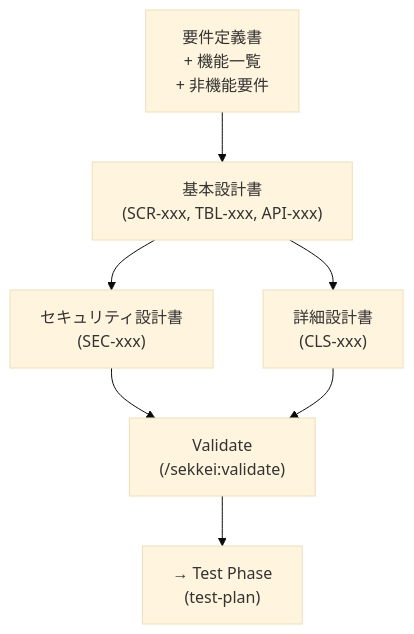
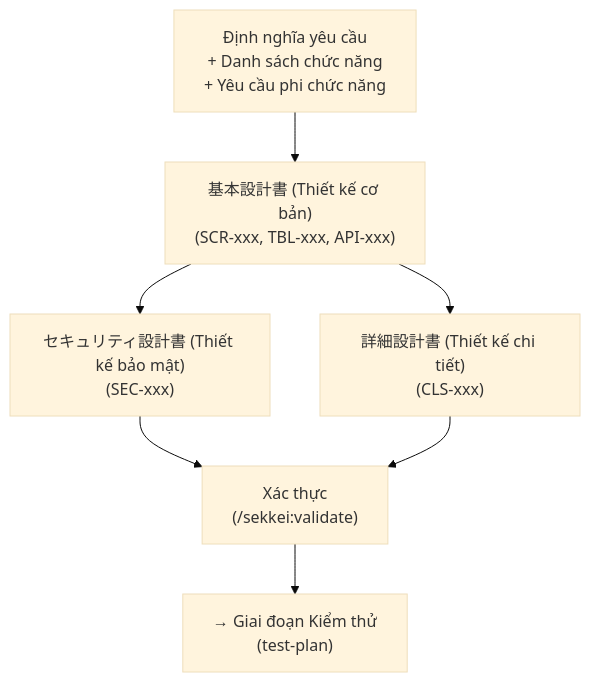
Before and after one commit to bienhoang/sekkei-ai-agents: the diagram in docs/user-guide/04-workflow/02-design.md, drawn with Mermaid (base theme). The commit also changed other lines of this file and 45 other files, not shown here.

````diff
--- a/docs/user-guide/04-workflow/02-design.md
+++ b/docs/user-guide/04-workflow/02-design.md
@@ -31,16 +31,16 @@
 ```mermaid
 flowchart TD
-    REQ["要件定義書\n+ 機能一覧\n+ 非機能要件"]
-    BD["基本設計書\n(SCR-xxx, TBL-xxx, API-xxx)"]
-    SD["セキュリティ設計書\n(SEC-xxx)"]
-    DD["詳細設計書\n(CLS-xxx)"]
-    VAL["Validate\n(/sekkei:validate)"]
-    NEXT["→ Test Phase\n(test-plan)"]
+    REQ["Định nghĩa yêu cầu\n+ Danh sách chức năng\n+ Yêu cầu phi chức năng"]
+    BD["基本設計書 (Thiết kế cơ bản)\n(SCR-xxx, TBL-xxx, API-xxx)"]
+    SD["セキュリティ設計書 (Thiết kế bảo mật)\n(SEC-xxx)"]
+    DD["詳細設計書 (Thiết kế chi tiết)\n(CLS-xxx)"]
+    VAL["Xác thực\n(/sekkei:validate)"]
+    NEXT["→ Giai đoạn Kiểm thử\n(test-plan)"]
 
     REQ --> BD
     BD --> SD
     BD --> DD
     SD --> VAL
     DD --> VAL
     VAL --> NEXT
 ```
````
